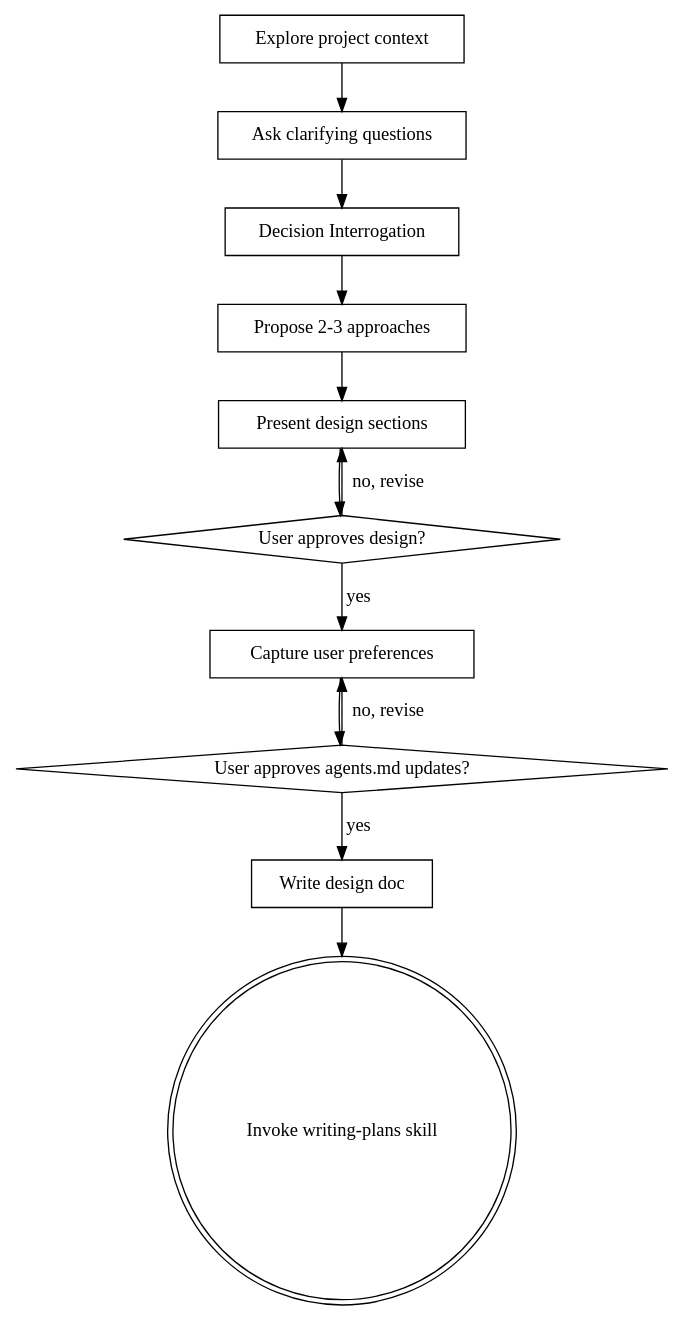
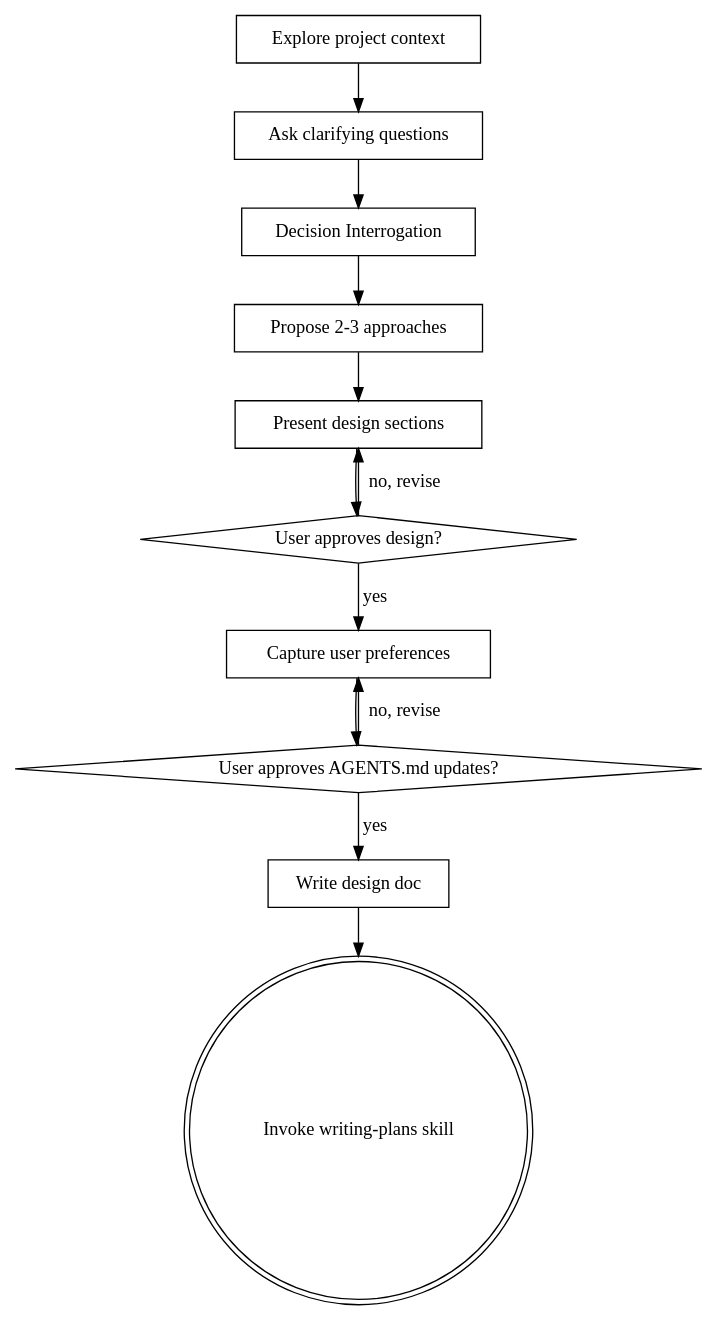
One commit to aaryan-rampal/superpowers changed the diagram in skills/brainstorming/SKILL.md. Above: the diagram before and after it, drawn with Graphviz. The commit also changed other lines of this file, not shown here.

Commit message:
rename agents.md to AGENTS.md

````diff
--- a/skills/brainstorming/SKILL.md
+++ b/skills/brainstorming/SKILL.md
@@ -37,26 +37,26 @@
 ```dot
 digraph brainstorming {
     "Explore project context" [shape=box];
     "Ask clarifying questions" [shape=box];
     "Decision Interrogation" [shape=box];
     "Propose 2-3 approaches" [shape=box];
     "Present design sections" [shape=box];
     "User approves design?" [shape=diamond];
     "Capture user preferences" [shape=box];
-    "User approves agents.md updates?" [shape=diamond];
+    "User approves AGENTS.md updates?" [shape=diamond];
     "Write design doc" [shape=box];
     "Invoke writing-plans skill" [shape=doublecircle];
 
     "Explore project context" -> "Ask clarifying questions";
     "Ask clarifying questions" -> "Decision Interrogation";
     "Decision Interrogation" -> "Propose 2-3 approaches";
     "Propose 2-3 approaches" -> "Present design sections";
     "Present design sections" -> "User approves design?";
     "User approves design?" -> "Present design sections" [label="no, revise"];
     "User approves design?" -> "Capture user preferences" [label="yes"];
-    "Capture user preferences" -> "User approves agents.md updates?";
-    "User approves agents.md updates?" -> "Capture user preferences" [label="no, revise"];
-    "User approves agents.md updates?" -> "Write design doc" [label="yes"];
+    "Capture user preferences" -> "User approves AGENTS.md updates?";
+    "User approves AGENTS.md updates?" -> "Capture user preferences" [label="no, revise"];
+    "User approves AGENTS.md updates?" -> "Write design doc" [label="yes"];
     "Write design doc" -> "Invoke writing-plans skill";
 }
 ```
````
